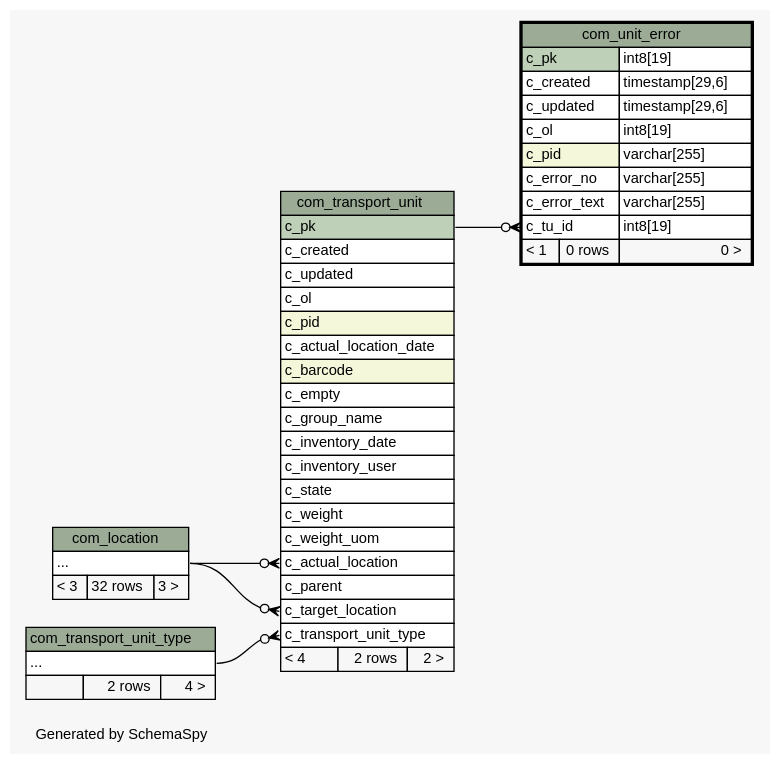
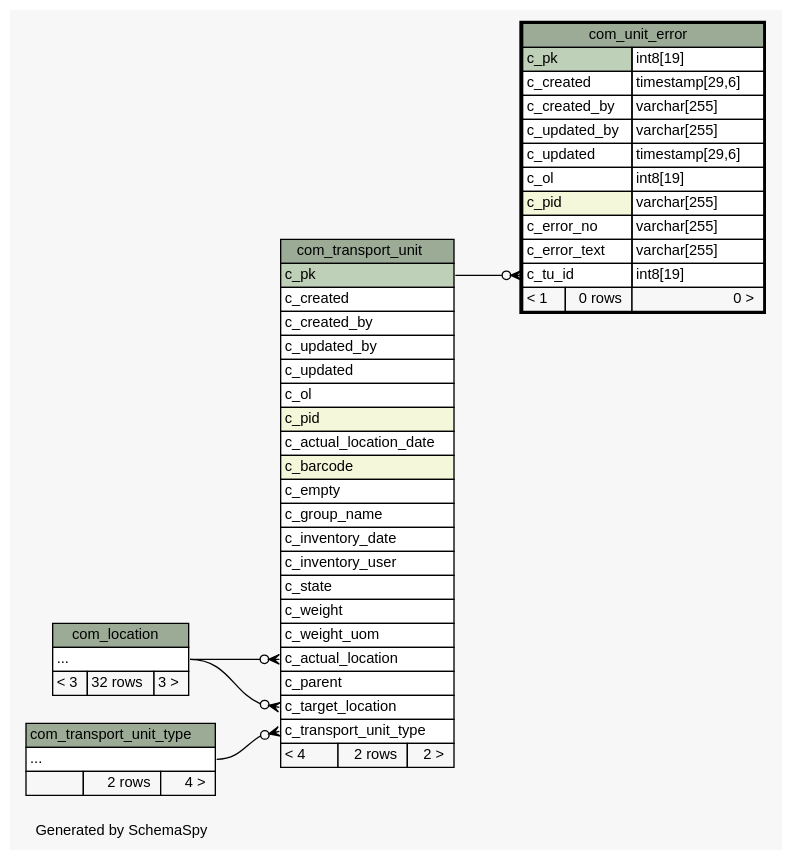
The diagram in 2.0.0-SNAPSHOT/schemaspy/diagrams/com_unit_error.2degrees.dot (openwms/org.openwms.common.service.lib), drawn with Graphviz before and after one commit. The commit also changed 531 other files, not shown here.

```diff
--- a/2.0.0-SNAPSHOT/schemaspy/diagrams/com_unit_error.2degrees.dot
+++ b/2.0.0-SNAPSHOT/schemaspy/diagrams/com_unit_error.2degrees.dot
@@ -1,90 +1,94 @@
-// dot 2.43.0 on Linux 5.13.0-1022-azure
+// dot 2.43.0 on Linux 5.13.0-1023-azure
 // SchemaSpy rev Unknown
 digraph "twoDegreesRelationshipsDiagram" {
   graph [
     rankdir="RL"
     bgcolor="#f7f7f7"
     label="\nGenerated by SchemaSpy"
     labeljust="l"
     nodesep="0.18"
     ranksep="0.46"
     fontname="Helvetica"
     fontsize="11"
   ];
   node [
     fontname="Helvetica"
     fontsize="11"
     shape="plaintext"
   ];
   edge [
     arrowsize="0.8"
   ];
   "com_transport_unit":"c_actual_location":w -> "com_location":"elipses":e [arrowhead=none dir=back arrowtail=crowodot];
   "com_transport_unit":"c_target_location":w -> "com_location":"elipses":e [arrowhead=none dir=back arrowtail=crowodot];
   "com_transport_unit":"c_transport_unit_type":w -> "com_transport_unit_type":"elipses":e [arrowhead=none dir=back arrowtail=crowodot];
   "com_unit_error":"c_tu_id":w -> "com_transport_unit":"c_pk":e [arrowhead=none dir=back arrowtail=crowodot];
   "com_location" [
     label=<
     <TABLE BORDER="0" CELLBORDER="1" CELLSPACING="0" BGCOLOR="#ffffff">
       <TR><TD COLSPAN="3" BGCOLOR="#9bab96" ALIGN="CENTER">com_location</TD></TR>
       <TR><TD PORT="elipses" COLSPAN="3" ALIGN="LEFT">...</TD></TR>
       <TR><TD ALIGN="LEFT" BGCOLOR="#f7f7f7">&lt; 3</TD><TD ALIGN="RIGHT" BGCOLOR="#f7f7f7">32 rows</TD><TD ALIGN="RIGHT" BGCOLOR="#f7f7f7">3 &gt;</TD></TR>
     </TABLE>>
     URL="com_location.html"
     tooltip="com_location"
   ];
   "com_transport_unit" [
     label=<
     <TABLE BORDER="0" CELLBORDER="1" CELLSPACING="0" BGCOLOR="#ffffff">
       <TR><TD COLSPAN="3" BGCOLOR="#9bab96" ALIGN="CENTER">com_transport_unit</TD></TR>
       <TR><TD PORT="c_pk" COLSPAN="3" BGCOLOR="#bed1b8" ALIGN="LEFT">c_pk</TD></TR>
       <TR><TD PORT="c_created" COLSPAN="3" ALIGN="LEFT">c_created</TD></TR>
+      <TR><TD PORT="c_created_by" COLSPAN="3" ALIGN="LEFT">c_created_by</TD></TR>
+      <TR><TD PORT="c_updated_by" COLSPAN="3" ALIGN="LEFT">c_updated_by</TD></TR>
       <TR><TD PORT="c_updated" COLSPAN="3" ALIGN="LEFT">c_updated</TD></TR>
       <TR><TD PORT="c_ol" COLSPAN="3" ALIGN="LEFT">c_ol</TD></TR>
       <TR><TD PORT="c_pid" COLSPAN="3" BGCOLOR="#f4f7da" ALIGN="LEFT">c_pid</TD></TR>
       <TR><TD PORT="c_actual_location_date" COLSPAN="3" ALIGN="LEFT">c_actual_location_date</TD></TR>
       <TR><TD PORT="c_barcode" COLSPAN="3" BGCOLOR="#f4f7da" ALIGN="LEFT">c_barcode</TD></TR>
       <TR><TD PORT="c_empty" COLSPAN="3" ALIGN="LEFT">c_empty</TD></TR>
       <TR><TD PORT="c_group_name" COLSPAN="3" ALIGN="LEFT">c_group_name</TD></TR>
       <TR><TD PORT="c_inventory_date" COLSPAN="3" ALIGN="LEFT">c_inventory_date</TD></TR>
       <TR><TD PORT="c_inventory_user" COLSPAN="3" ALIGN="LEFT">c_inventory_user</TD></TR>
       <TR><TD PORT="c_state" COLSPAN="3" ALIGN="LEFT">c_state</TD></TR>
       <TR><TD PORT="c_weight" COLSPAN="3" ALIGN="LEFT">c_weight</TD></TR>
       <TR><TD PORT="c_weight_uom" COLSPAN="3" ALIGN="LEFT">c_weight_uom</TD></TR>
       <TR><TD PORT="c_actual_location" COLSPAN="3" ALIGN="LEFT">c_actual_location</TD></TR>
       <TR><TD PORT="c_parent" COLSPAN="3" ALIGN="LEFT">c_parent</TD></TR>
       <TR><TD PORT="c_target_location" COLSPAN="3" ALIGN="LEFT">c_target_location</TD></TR>
       <TR><TD PORT="c_transport_unit_type" COLSPAN="3" ALIGN="LEFT">c_transport_unit_type</TD></TR>
       <TR><TD ALIGN="LEFT" BGCOLOR="#f7f7f7">&lt; 4</TD><TD ALIGN="RIGHT" BGCOLOR="#f7f7f7">2 rows</TD><TD ALIGN="RIGHT" BGCOLOR="#f7f7f7">2 &gt;</TD></TR>
     </TABLE>>
     URL="com_transport_unit.html"
     tooltip="com_transport_unit"
   ];
   "com_transport_unit_type" [
     label=<
     <TABLE BORDER="0" CELLBORDER="1" CELLSPACING="0" BGCOLOR="#ffffff">
       <TR><TD COLSPAN="3" BGCOLOR="#9bab96" ALIGN="CENTER">com_transport_unit_type</TD></TR>
       <TR><TD PORT="elipses" COLSPAN="3" ALIGN="LEFT">...</TD></TR>
       <TR><TD ALIGN="LEFT" BGCOLOR="#f7f7f7">  </TD><TD ALIGN="RIGHT" BGCOLOR="#f7f7f7">2 rows</TD><TD ALIGN="RIGHT" BGCOLOR="#f7f7f7">4 &gt;</TD></TR>
     </TABLE>>
     URL="com_transport_unit_type.html"
     tooltip="com_transport_unit_type"
   ];
   "com_unit_error" [
     label=<
     <TABLE BORDER="2" CELLBORDER="1" CELLSPACING="0" BGCOLOR="#ffffff">
       <TR><TD COLSPAN="3" BGCOLOR="#9bab96" ALIGN="CENTER">com_unit_error</TD></TR>
       <TR><TD PORT="c_pk" COLSPAN="2" BGCOLOR="#bed1b8" ALIGN="LEFT">c_pk</TD><TD PORT="c_pk.type" ALIGN="LEFT">int8[19]</TD></TR>
       <TR><TD PORT="c_created" COLSPAN="2" ALIGN="LEFT">c_created</TD><TD PORT="c_created.type" ALIGN="LEFT">timestamp[29,6]</TD></TR>
+      <TR><TD PORT="c_created_by" COLSPAN="2" ALIGN="LEFT">c_created_by</TD><TD PORT="c_created_by.type" ALIGN="LEFT">varchar[255]</TD></TR>
+      <TR><TD PORT="c_updated_by" COLSPAN="2" ALIGN="LEFT">c_updated_by</TD><TD PORT="c_updated_by.type" ALIGN="LEFT">varchar[255]</TD></TR>
       <TR><TD PORT="c_updated" COLSPAN="2" ALIGN="LEFT">c_updated</TD><TD PORT="c_updated.type" ALIGN="LEFT">timestamp[29,6]</TD></TR>
       <TR><TD PORT="c_ol" COLSPAN="2" ALIGN="LEFT">c_ol</TD><TD PORT="c_ol.type" ALIGN="LEFT">int8[19]</TD></TR>
       <TR><TD PORT="c_pid" COLSPAN="2" BGCOLOR="#f4f7da" ALIGN="LEFT">c_pid</TD><TD PORT="c_pid.type" ALIGN="LEFT">varchar[255]</TD></TR>
       <TR><TD PORT="c_error_no" COLSPAN="2" ALIGN="LEFT">c_error_no</TD><TD PORT="c_error_no.type" ALIGN="LEFT">varchar[255]</TD></TR>
       <TR><TD PORT="c_error_text" COLSPAN="2" ALIGN="LEFT">c_error_text</TD><TD PORT="c_error_text.type" ALIGN="LEFT">varchar[255]</TD></TR>
       <TR><TD PORT="c_tu_id" COLSPAN="2" ALIGN="LEFT">c_tu_id</TD><TD PORT="c_tu_id.type" ALIGN="LEFT">int8[19]</TD></TR>
       <TR><TD ALIGN="LEFT" BGCOLOR="#f7f7f7">&lt; 1</TD><TD ALIGN="RIGHT" BGCOLOR="#f7f7f7">0 rows</TD><TD ALIGN="RIGHT" BGCOLOR="#f7f7f7">0 &gt;</TD></TR>
     </TABLE>>
     URL="com_unit_error.html"
     tooltip="com_unit_error"
   ];
 }
```
